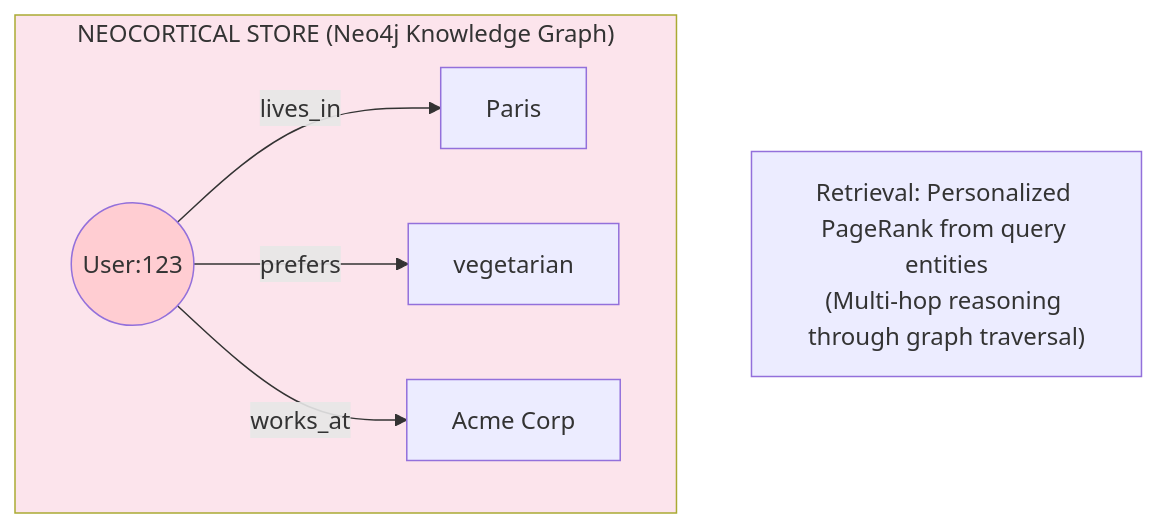
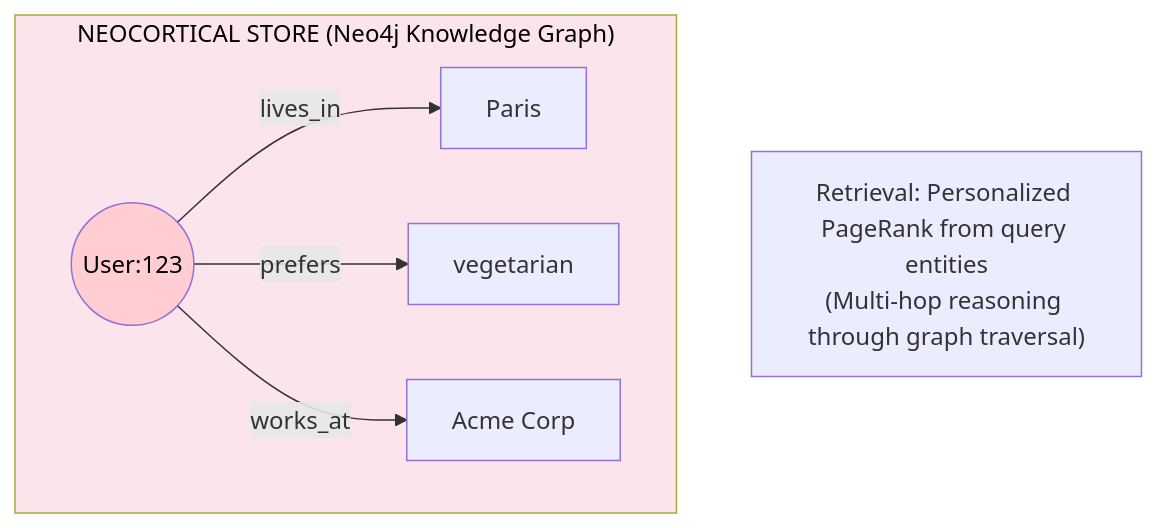
The fifth of 9 diagrams in README.md (avinash-mall/CognitiveMemoryLayer), drawn with Mermaid before and after one commit. The commit also changed other lines of this file and 2 other files, not shown here.

Commit message:
fix: mermaid text visibility and quote formatting

````diff
--- a/README.md
+++ b/README.md
@@ -227,12 +221,12 @@
 ```mermaid
 flowchart TB
     subgraph Neo2["NEOCORTICAL STORE (Neo4j Knowledge Graph)"]
         user(("User:123"))
         user -->|lives_in| paris["Paris"]
         user -->|prefers| veg["vegetarian"]
         user -->|works_at| acme["Acme Corp"]
     end
     ppr["Retrieval: Personalized PageRank from query entities<br/>(Multi-hop reasoning through graph traversal)"]
-    style Neo2 fill:#fce4ec
-    style user fill:#ffcdd2
+    style Neo2 fill:#fce4ec,color:#000
+    style user fill:#ffcdd2,color:#000
 ```
````
